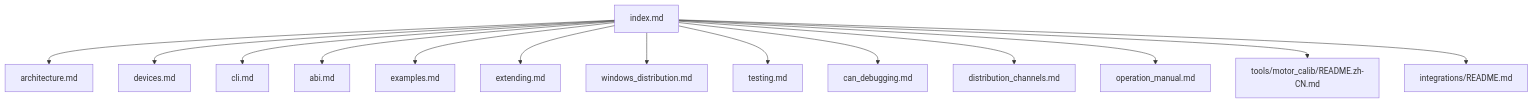
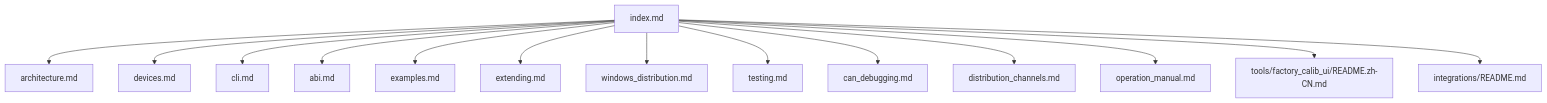
The diagram in docs/zh/index.md (tianrking/motorbridge), drawn with Mermaid before and after one commit. The commit also changed other lines of this file and 54 other files, not shown here.

First line of the commit message:
feat(ws-gateway,ui): refactor factory calib workflow and harden gateway session handling

````diff
--- a/docs/zh/index.md
+++ b/docs/zh/index.md
@@ -7,16 +7,16 @@
 ```mermaid
 flowchart TD
   IDX["index.md"] --> ARCH["architecture.md"]
   IDX --> DEV["devices.md"]
   IDX --> CLI["cli.md"]
   IDX --> ABI["abi.md"]
   IDX --> EX["examples.md"]
   IDX --> EXT["extending.md"]
   IDX --> WIN["windows_distribution.md"]
   IDX --> TST["testing.md"]
   IDX --> CANDBG["can_debugging.md"]
   IDX --> DIST["distribution_channels.md"]
   IDX --> OPMAN["operation_manual.md"]
-  IDX --> CAL["tools/motor_calib/README.zh-CN.md"]
+  IDX --> CAL["tools/factory_calib_ui/README.zh-CN.md"]
   IDX --> INT["integrations/README.md"]
 ```
````
